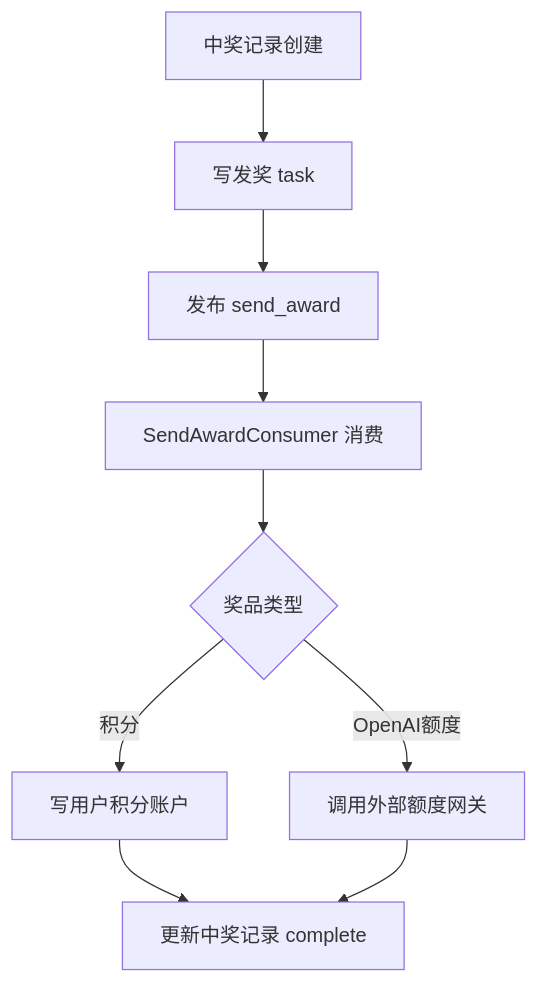
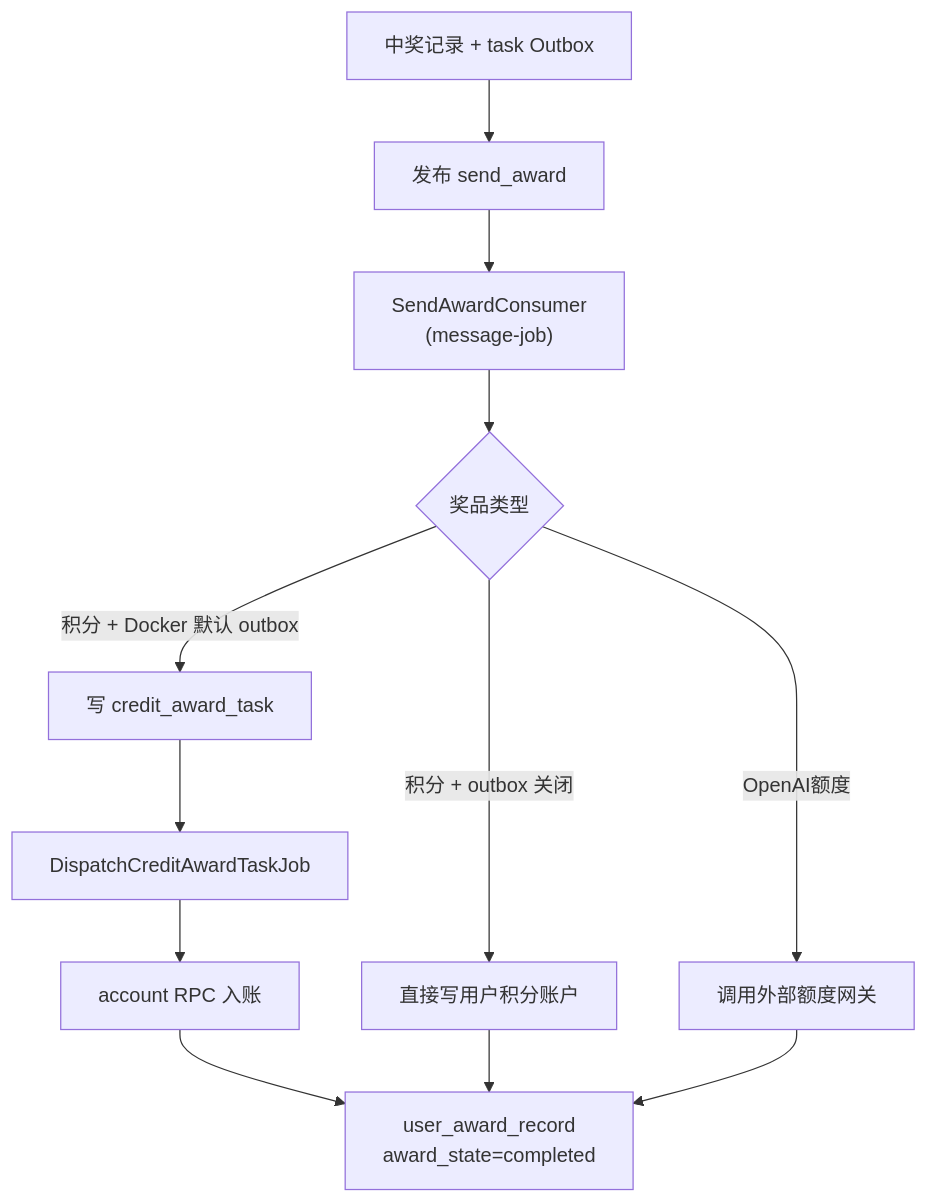
The sixth of 7 diagrams in docs/learning/02-business-flows-and-diagrams.md (dyxnb22/big-market-ai-platform), drawn with Mermaid before and after one commit. The commit also changed other lines of this file and 21 other files, not shown here.

````diff
--- a/docs/learning/02-business-flows-and-diagrams.md
+++ b/docs/learning/02-business-flows-and-diagrams.md
@@ -109,11 +109,14 @@
 ```mermaid
 flowchart TD
-    A["中奖记录创建"] --> B["写发奖 task"]
-    B --> C["发布 send_award"]
-    C --> D["SendAwardConsumer 消费"]
-    D --> E{"奖品类型"}
-    E -->|积分| F["写用户积分账户"]
-    E -->|OpenAI额度| G["调用外部额度网关"]
-    F --> H["更新中奖记录 complete"]
-    G --> H
+    A["中奖记录 + task Outbox"] --> B["发布 send_award"]
+    B --> C["SendAwardConsumer\n(message-job)"]
+    C --> D{"奖品类型"}
+    D -->|积分 + Docker 默认 outbox| E["写 credit_award_task"]
+    E --> F["DispatchCreditAwardTaskJob"]
+    F --> G["account RPC 入账"]
+    D -->|积分 + outbox 关闭| H["直接写用户积分账户"]
+    D -->|OpenAI额度| I["调用外部额度网关"]
+    G --> J["user_award_record\naward_state=completed"]
+    H --> J
+    I --> J
 ```
````
